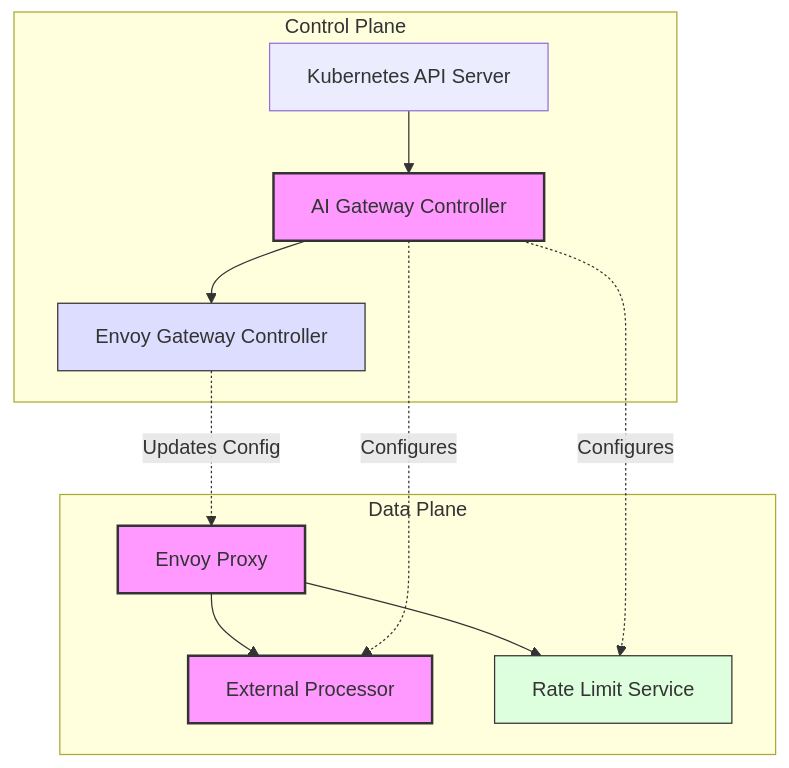
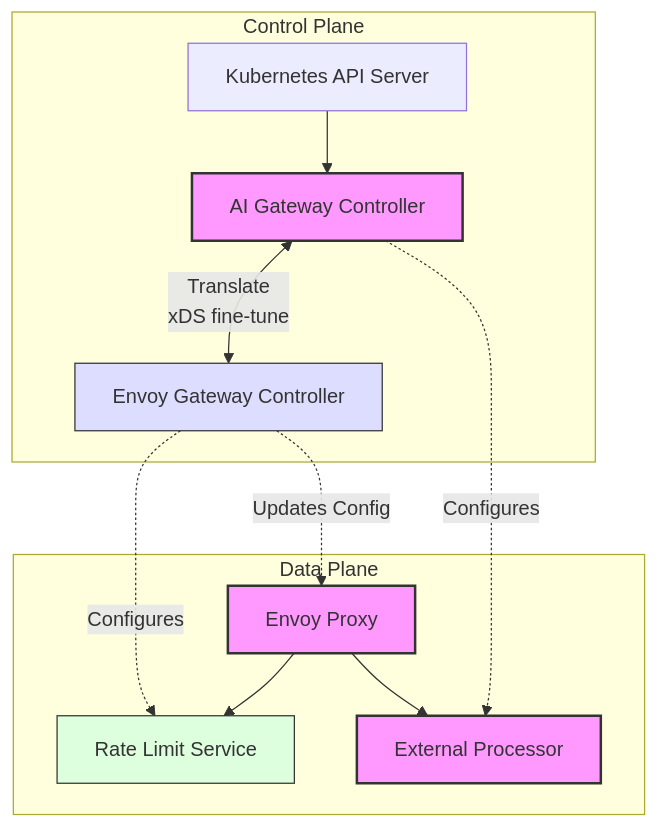
One commit to envoyproxy/ai-gateway changed the first of 2 diagrams in site/docs/concepts/architecture/system-architecture.md. Above: the diagram before and after it, drawn with Mermaid. The commit also changed other lines of this file, not shown here.

Commit message:
site: updates system-architecture page

````diff
--- a/site/docs/concepts/architecture/system-architecture.md
+++ b/site/docs/concepts/architecture/system-architecture.md
@@ -30,27 +30,28 @@
 ```mermaid
 graph TB
     subgraph "Control Plane"
         K8s[Kubernetes API Server] --> Controller[AI Gateway Controller]
-        Controller --> EGController[Envoy Gateway Controller]
+        Controller <-->|Translate
+                        xDS fine-tune| EGController[Envoy Gateway Controller]
 
         style Controller fill:#f9f,stroke:#333,stroke-width:2px
         style EGController fill:#ddf,stroke:#333
     end
 
     subgraph "Data Plane"
         Envoy[Envoy Proxy]
         ExtProc[External Processor]
         RateLimit[Rate Limit Service]
 
+        Envoy --> RateLimit
         Envoy --> ExtProc
-        Envoy --> RateLimit
 
         style Envoy fill:#f9f,stroke:#333,stroke-width:2px
         style ExtProc fill:#f9f,stroke:#333,stroke-width:2px
         style RateLimit fill:#dfd,stroke:#333
     end
 
     Controller -.->|Configures| ExtProc
-    Controller -.->|Configures| RateLimit
+    EGController -.->|Configures| RateLimit
     EGController -.->|Updates Config| Envoy
 ```
````
